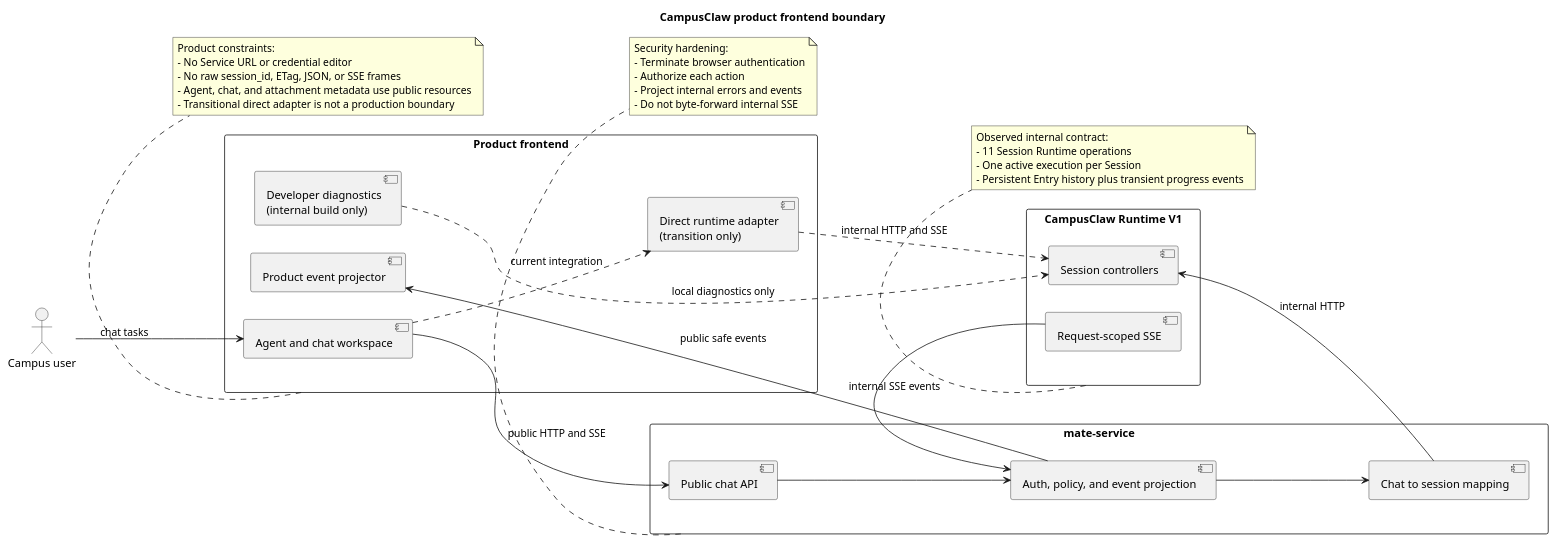
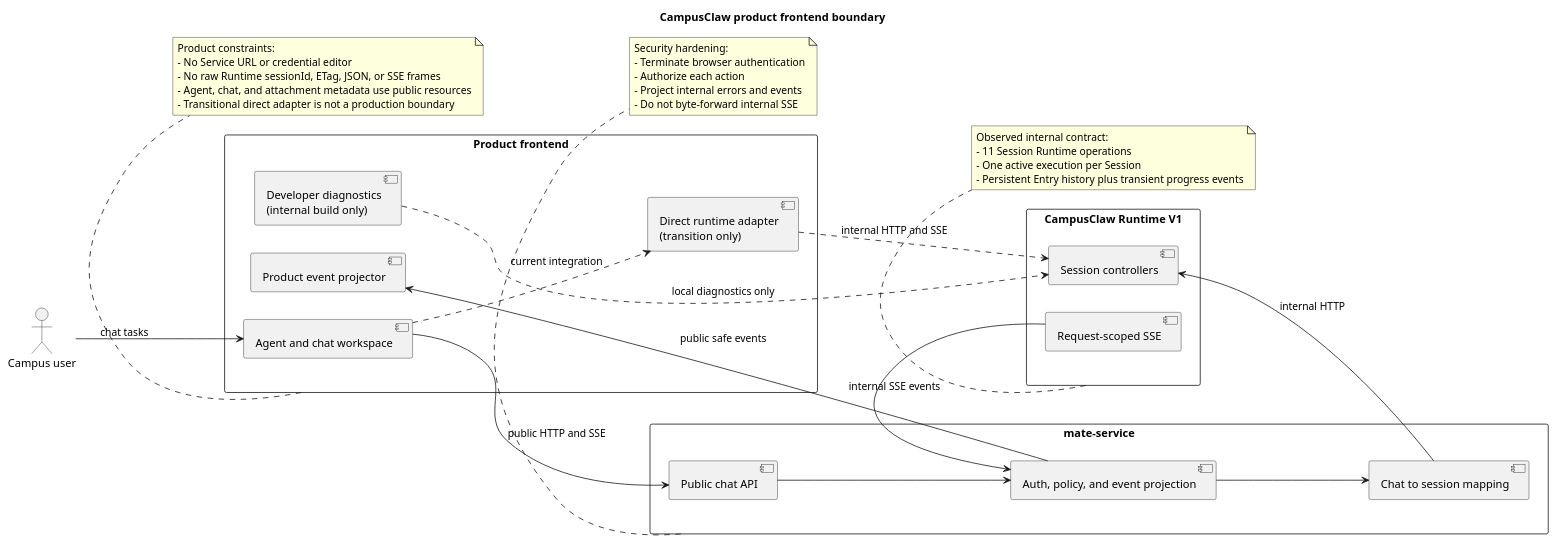
The first of 2 diagrams in docs/designs/campusclaw-frontend/diagram.puml (2862282695gjh-afk/pi-mono-java), drawn with PlantUML before and after one commit. The commit also changed other lines of this file and 17 other files, not shown here.

Commit message:
fix(frontend): 对齐 Runtime HTTP 1.38 契约

```diff
--- a/docs/designs/campusclaw-frontend/diagram.puml
+++ b/docs/designs/campusclaw-frontend/diagram.puml
@@ -1,67 +1,68 @@
 @startuml frontend_product_boundary
-' Source baseline: 7b655487df80685187ed0193f6578060615f7d43.
+' Backend source baseline: d0efb2fd18f2f2a7db121a1cbd4f039348a8094a.
+' Frontend change baseline: 9ae08be97e49387367500da8fd8b01b4a607c4b3.
 ' Source evidence: frontend/src/App.vue (createSession, resumeSession, submit, product shell).
 ' Source evidence: frontend/src/composables/useRuntimeApi.ts (useRuntimeApi, requestRaw, consumeSse).
 ' Source evidence: frontend/src/projectors/runtimeEventProjector.ts (projectRuntimeEvents).
 ' Source evidence: modules/coding-agent-cli/src/main/java/com/campusclaw/codingagent/runtimeapi/web/RuntimeSessionController.java.
 ' Source evidence: modules/coding-agent-cli/src/main/java/com/campusclaw/codingagent/runtimeapi/web/RuntimeEventController.java.
-' Observed behavior: the product shell hides credentials and protocol fields, but its transitional adapter still calls Runtime V1 directly.
+' Observed behavior: the product shell hides credentials and protocol fields, while its HTTP 1.38 transitional adapter still calls Runtime V1 directly.
 ' Target-only design: the production UI uses a public bridge; the mate-service Agent, Chat, Attachment, and public event contracts do not exist yet.
 ' Design reason: internal session identifiers, credentials, ETags, and raw SSE payloads must not cross the production browser boundary.
 
 title CampusClaw product frontend boundary
 left to right direction
 
 actor "Campus user" as User
 rectangle "Product frontend" as Frontend {
   component "Agent and chat workspace" as Workspace
   component "Product event projector" as Projector
   component "Direct runtime adapter\n(transition only)" as DirectAdapter
   component "Developer diagnostics\n(internal build only)" as Diagnostics
 }
 
 rectangle "mate-service" as Mate {
   component "Public chat API" as PublicApi
   component "Chat to session mapping" as Mapping
   component "Auth, policy, and event projection" as Policy
 }
 
 rectangle "CampusClaw Runtime V1" as Runtime {
   component "Session controllers" as Sessions
   component "Request-scoped SSE" as Stream
 }
 
 User --> Workspace : chat tasks
 Workspace --> PublicApi : public HTTP and SSE
 PublicApi --> Policy
 Policy --> Mapping
 Mapping --> Sessions : internal HTTP
 Stream --> Policy : internal SSE events
 Policy --> Projector : public safe events
 Workspace ..> DirectAdapter : current integration
 DirectAdapter ..> Sessions : internal HTTP and SSE
 Diagnostics ..> Sessions : local diagnostics only
 
 note bottom of Frontend
 Product constraints:
 - No Service URL or credential editor
-- No raw session_id, ETag, JSON, or SSE frames
+- No raw Runtime sessionId, ETag, JSON, or SSE frames
 - Agent, chat, and attachment metadata use public resources
 - Transitional direct adapter is not a production boundary
 end note
 
 note bottom of Mate
 Security hardening:
 - Terminate browser authentication
 - Authorize each action
 - Project internal errors and events
 - Do not byte-forward internal SSE
 end note
 
 note bottom of Runtime
 Observed internal contract:
 - 11 Session Runtime operations
 - One active execution per Session
 - Persistent Entry history plus transient progress events
 end note
 @enduml
```
